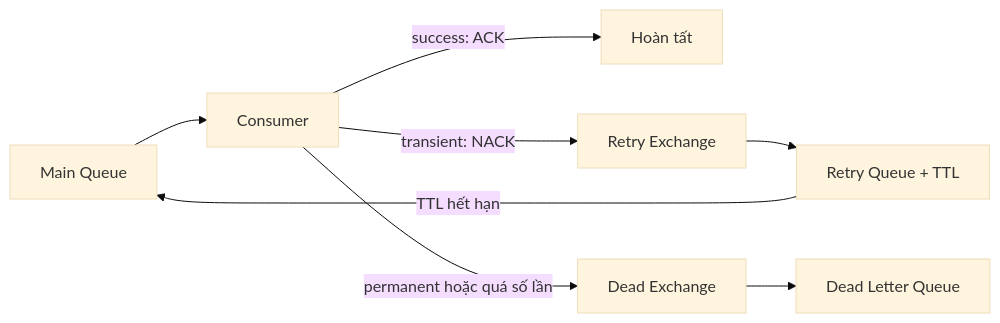
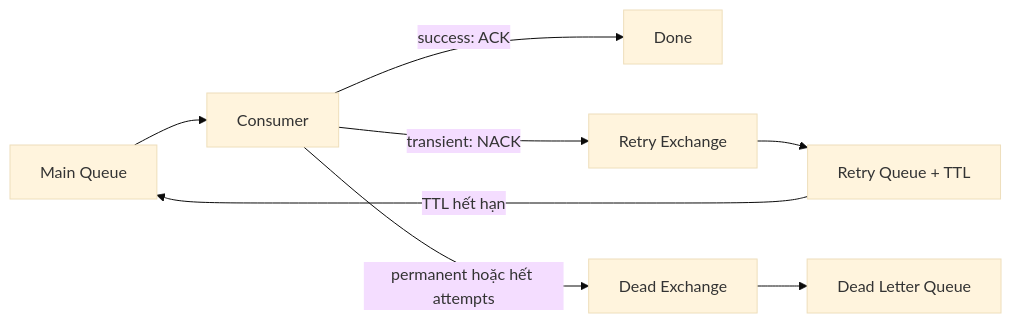
The eighth of 11 diagrams in src/assets/docs/dotnet-core/rabbitmq-reliable-messaging.md (trungdev26/angular-internals), drawn with Mermaid (base theme) before and after one commit. The commit also changed other lines of this file and 1 other file, not shown here.

````diff
--- a/src/assets/docs/dotnet-core/rabbitmq-reliable-messaging.md
+++ b/src/assets/docs/dotnet-core/rabbitmq-reliable-messaging.md
@@ -108,10 +468,10 @@
 ```mermaid
 flowchart LR
     M[Main Queue] --> C[Consumer]
-    C -->|success: ACK| Done[Hoàn tất]
+    C -->|success: ACK| D[Done]
     C -->|transient: NACK| RX[Retry Exchange]
     RX --> RQ[Retry Queue + TTL]
     RQ -->|TTL hết hạn| M
-    C -->|permanent hoặc quá số lần| DX[Dead Exchange]
+    C -->|permanent hoặc hết attempts| DX[Dead Exchange]
     DX --> DQ[Dead Letter Queue]
 ```
````
